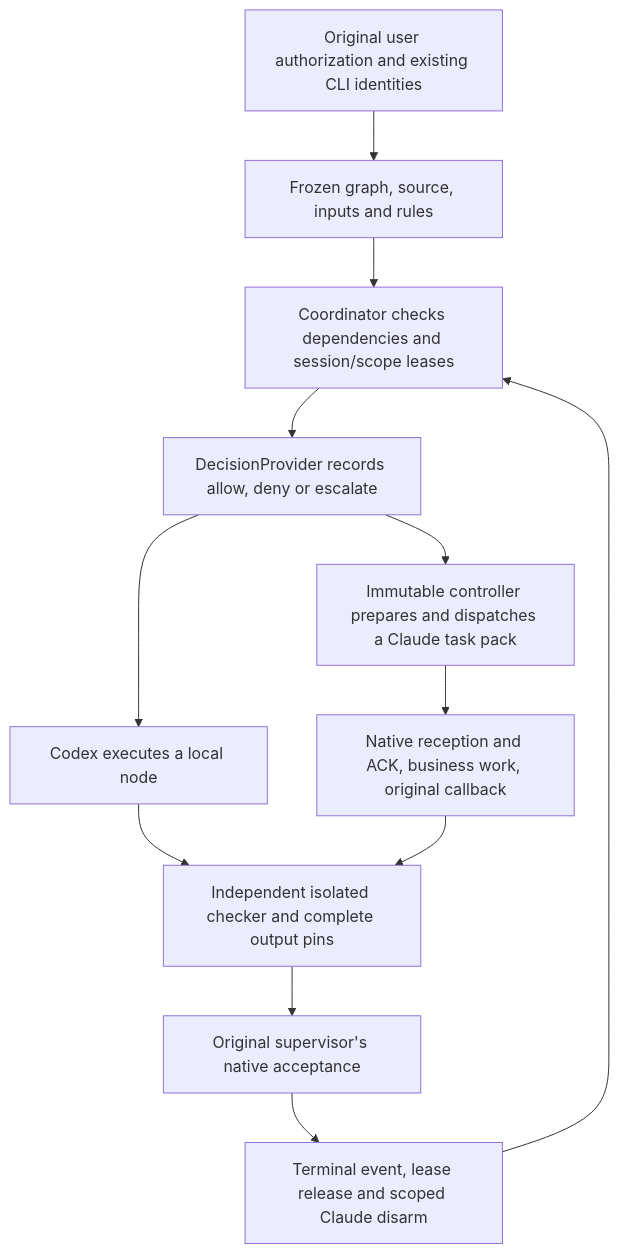
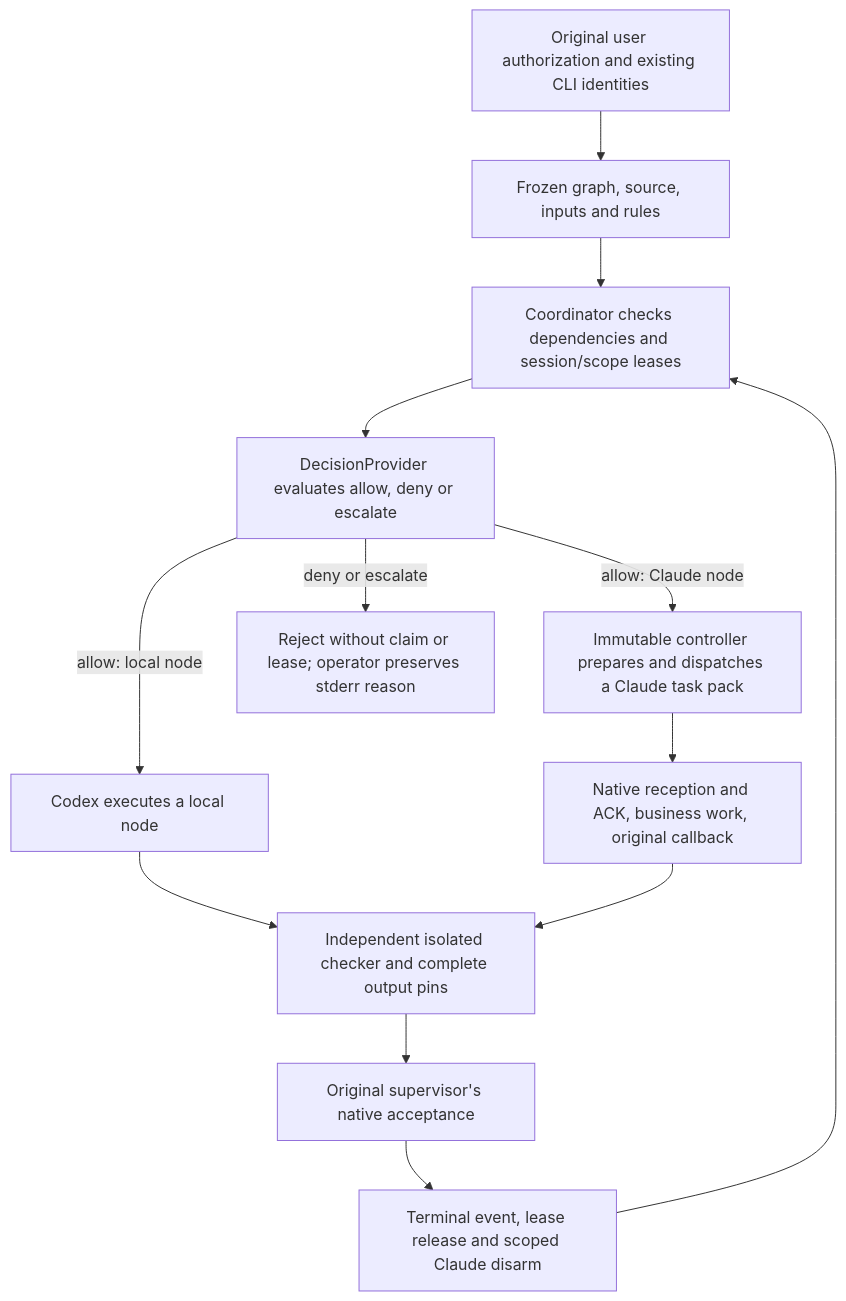
Before and after one commit to lzhs1995/multi-agent-collaboration-upgrade: the diagram in docs/ORCHESTRATION.md, drawn with Mermaid. The commit also changed other lines of this file and 32 other files, not shown here.

````diff
--- a/docs/ORCHESTRATION.md
+++ b/docs/ORCHESTRATION.md
@@ -29,14 +36,15 @@
 ```mermaid
 flowchart TD
     A[Original user authorization and existing CLI identities] --> B[Frozen graph, source, inputs and rules]
     B --> C[Coordinator checks dependencies and session/scope leases]
-    C --> D[DecisionProvider records allow, deny or escalate]
-    D --> E[Codex executes a local node]
-    D --> F[Immutable controller prepares and dispatches a Claude task pack]
+    C --> D[DecisionProvider evaluates allow, deny or escalate]
+    D -->|allow: local node| E[Codex executes a local node]
+    D -->|allow: Claude node| F[Immutable controller prepares and dispatches a Claude task pack]
+    D -->|deny or escalate| K[Reject without claim or lease; operator preserves stderr reason]
     F --> G[Native reception and ACK, business work, original callback]
     E --> H[Independent isolated checker and complete output pins]
     G --> H
     H --> I[Original supervisor's native acceptance]
     I --> J[Terminal event, lease release and scoped Claude disarm]
     J --> C
 ```
````
